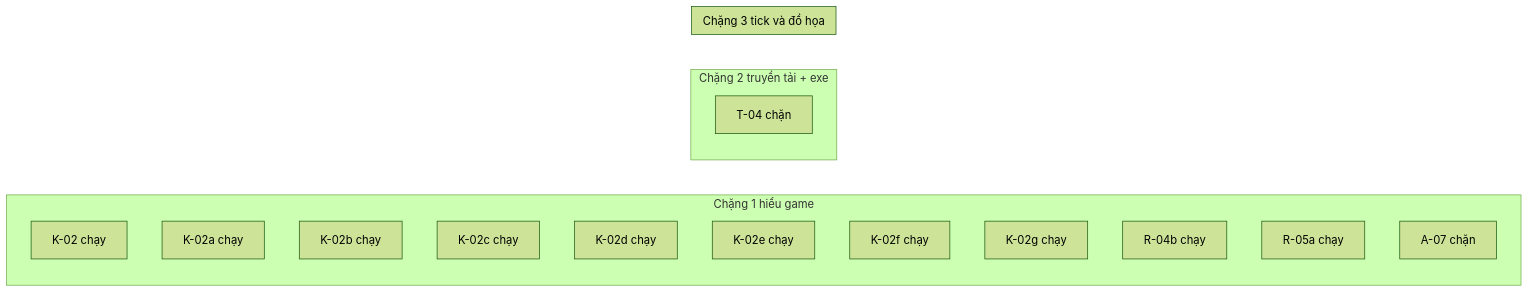
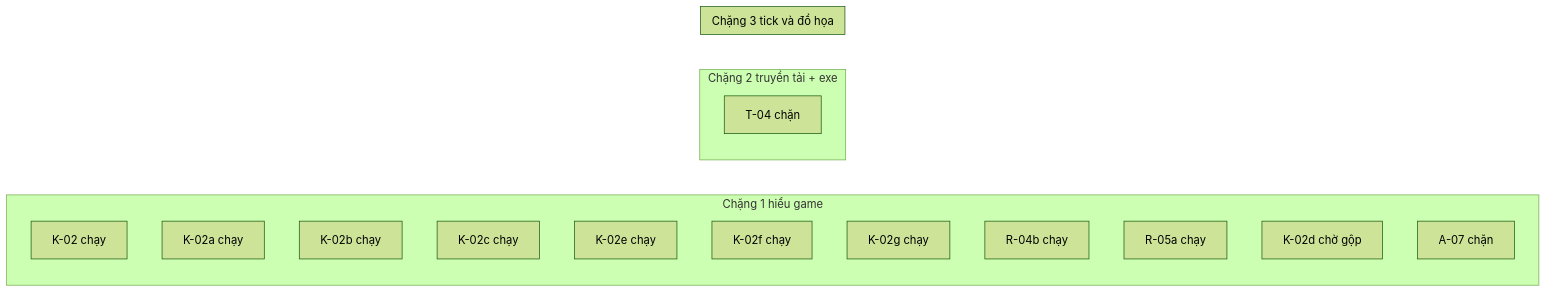
The diagram in JX1_OPS/STATE/TIEN-DO.md (ndtangoss-dev/jx1-reports), drawn with Mermaid (forest theme) before and after one commit. The commit also changed other lines of this file and 3 other files, not shown here.

````diff
--- a/JX1_OPS/STATE/TIEN-DO.md
+++ b/JX1_OPS/STATE/TIEN-DO.md
@@ -9,21 +9,21 @@
 ```mermaid
 flowchart LR
   subgraph S1["Chặng 1 hiểu game"]
     K_02["K-02 chạy"]
     K_02a["K-02a chạy"]
     K_02b["K-02b chạy"]
     K_02c["K-02c chạy"]
-    K_02d["K-02d chạy"]
     K_02e["K-02e chạy"]
     K_02f["K-02f chạy"]
     K_02g["K-02g chạy"]
     R_04b["R-04b chạy"]
     R_05a["R-05a chạy"]
+    K_02d["K-02d chờ gộp"]
     A_07["A-07 chặn"]
   end
   subgraph S2["Chặng 2 truyền tải + exe"]
     T_04["T-04 chặn"]
   end
   subgraph S3["Chặng 3 tick và đồ họa"]
   end
 ```
````
